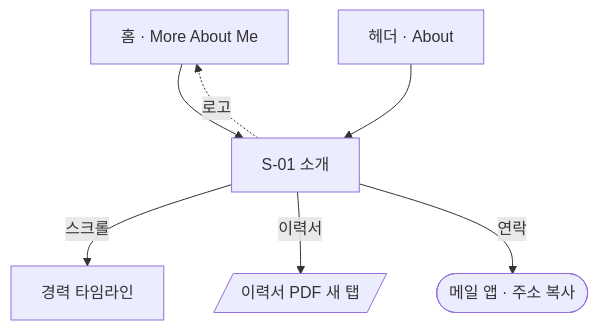
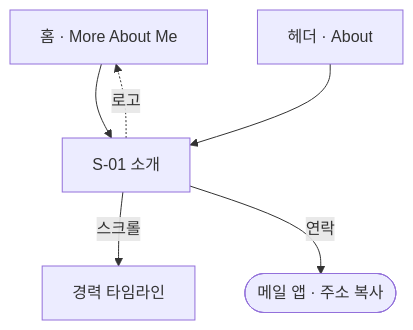
One commit to GUNIZZI/portfolio changed the diagram in docs/plan/about/userflow.md. Above: the diagram before and after it, drawn with Mermaid. The commit also changed 9 other files, not shown here.

````diff
--- a/docs/plan/about/userflow.md
+++ b/docs/plan/about/userflow.md
@@ -7,9 +7,8 @@
 ```mermaid
 flowchart TD
     HOME["홈 · More About Me"]:::step --> A["S-01 소개"]:::screen
     NAV["헤더 · About"]:::step --> A
     A -->|"스크롤"| TL["경력 타임라인"]:::step
-    A -->|"이력서"| PDF[/"이력서 PDF 새 탭"/]:::api
     A -->|"연락"| C(["메일 앱 · 주소 복사"]):::done
     A -.->|"로고"| HOME
 ```
````
